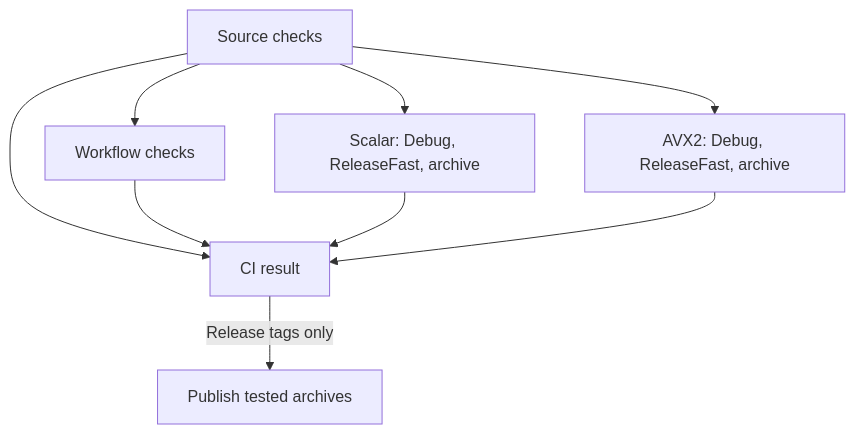
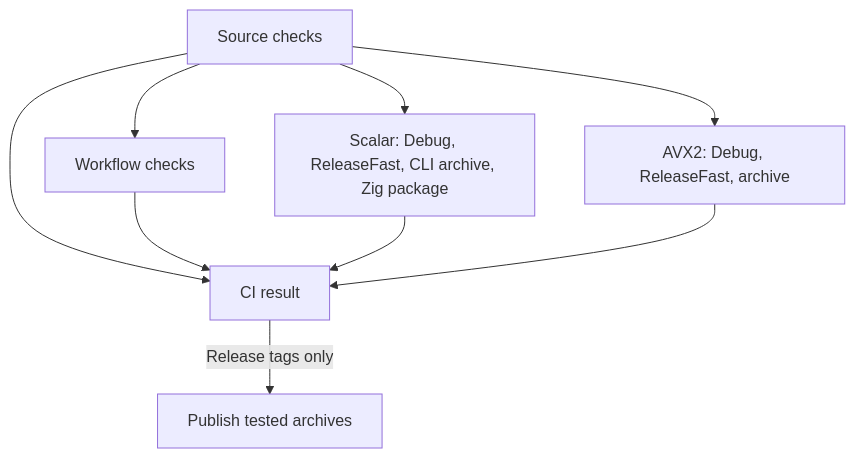
One commit to eneskemalergin/b64z changed the diagram in wiki/Development.md. Above: the diagram before and after it, drawn with Mermaid. The commit also changed other lines of this file and 9 other files, not shown here.

Commit message:
build: add Zig package and source archive

````diff
--- a/wiki/Development.md
+++ b/wiki/Development.md
@@ -23,11 +23,11 @@
 ```mermaid
 flowchart TD
     checks[Source checks] --> workflows[Workflow checks]
-    checks --> scalar[Scalar: Debug, ReleaseFast, archive]
+    checks --> scalar[Scalar: Debug, ReleaseFast, CLI archive, Zig package]
     checks --> avx2[AVX2: Debug, ReleaseFast, archive]
     checks --> result[CI result]
     workflows --> result
     scalar --> result
     avx2 --> result
     result -->|Release tags only| publish[Publish tested archives]
 ```
````
